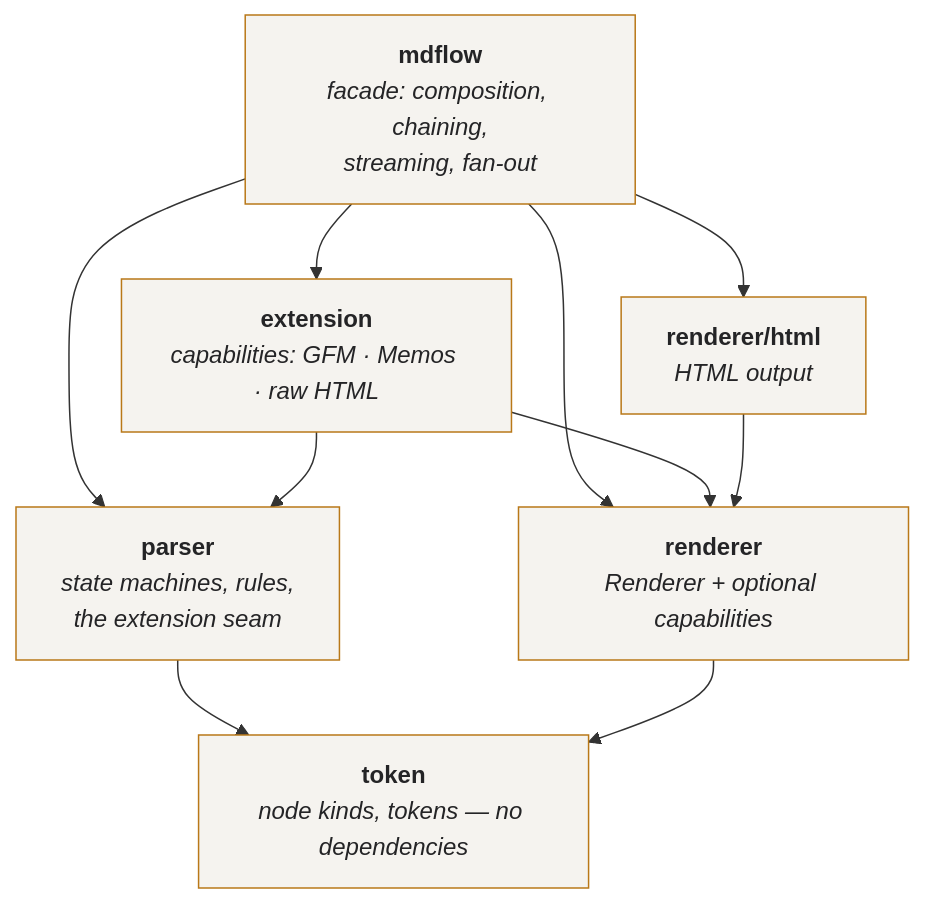
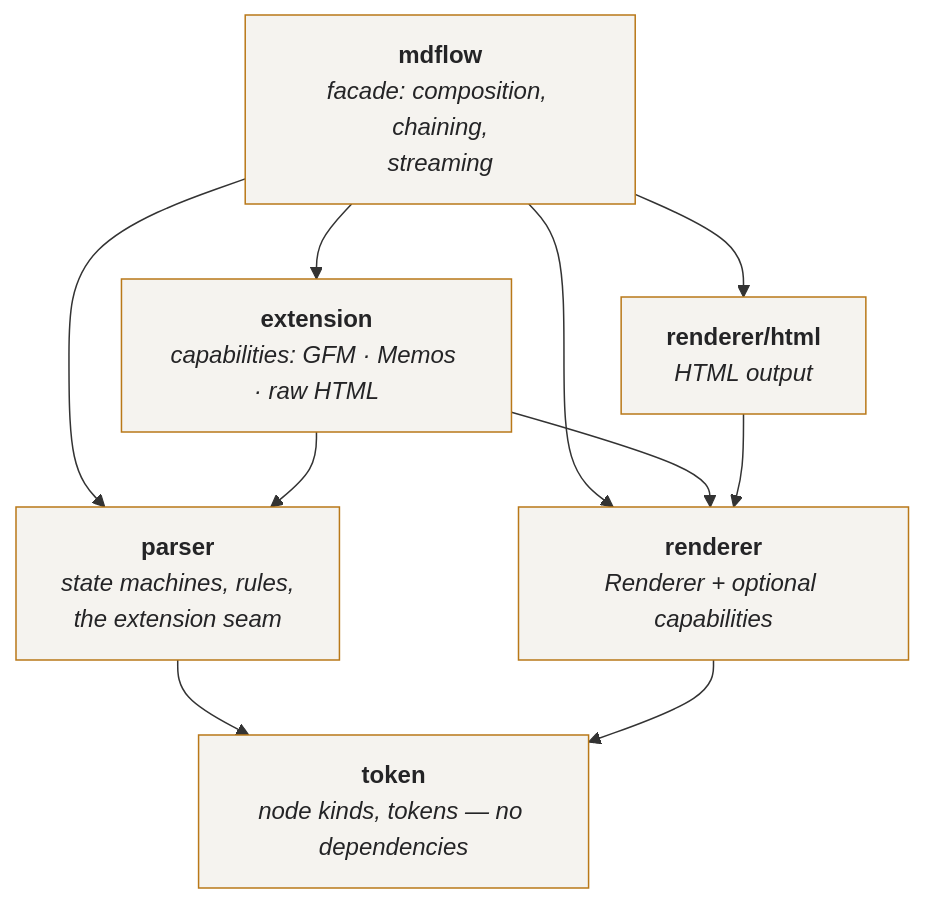
The first of 2 diagrams in README.md (Wenrh2004/mdflow), drawn with Mermaid before and after one commit. The commit also changed other lines of this file and 29 other files, not shown here.

````diff
--- a/README.md
+++ b/README.md
@@ -34,22 +34,22 @@
 ```mermaid
 graph TD
-    mdflow["<b>mdflow</b><br/><i>facade: composition, chaining,<br/>streaming, fan-out</i>"]
+    mdflow["<b>mdflow</b><br/><i>facade: composition, chaining,<br/>streaming</i>"]
     extension["<b>extension</b><br/><i>capabilities: GFM · Memos · raw HTML</i>"]
     parser["<b>parser</b><br/><i>state machines, rules,<br/>the extension seam</i>"]
     html["<b>renderer/html</b><br/><i>HTML output</i>"]
     renderer["<b>renderer</b><br/><i>Renderer + optional capabilities</i>"]
     token["<b>token</b><br/><i>node kinds, tokens — no dependencies</i>"]
 
     mdflow --> extension
     mdflow --> parser
     mdflow --> html
     mdflow --> renderer
     extension --> parser
     extension --> renderer
     html --> renderer
     parser --> token
     renderer --> token
 
     classDef pub fill:#f5f3ef,stroke:#b97818,color:#242426
     class mdflow,extension,parser,html,renderer,token pub
 ```
````
